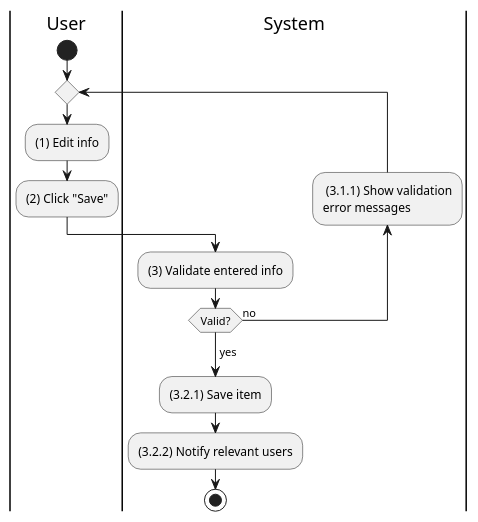
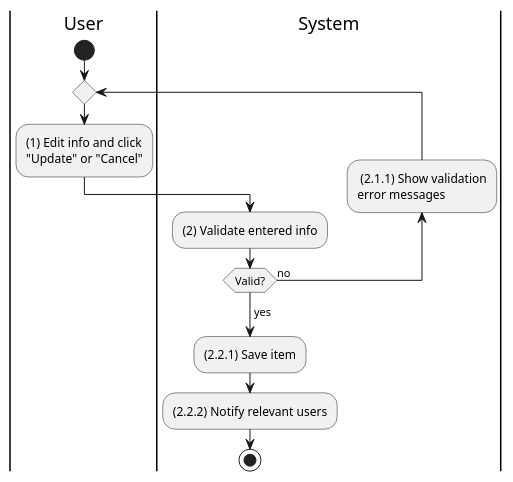
Before and after one commit to phihungha/scmss-reqs: the diagram in activities/purchase-requisition-update.plantuml, drawn with PlantUML. The commit also changed 7 other files, not shown here.

```diff
--- a/activities/purchase-requisition-update.plantuml
+++ b/activities/purchase-requisition-update.plantuml
@@ -1,19 +1,17 @@
 @startuml purchase-requisition-update
 |u|User
 |s|System
 
 |u|
 start
 repeat
-    :(1) Edit info;
-    :(2) Click "Save";
-
+    :(1) Edit info and click\n"Update" or "Cancel";
     |s|
-    :(3) Validate entered info;
-    backward: (3.1.1) Show validation\nerror messages;
+    :(2) Validate entered info;
+    backward: (2.1.1) Show validation\nerror messages;
 repeat while (Valid?) is (no)
 ->yes;
-:(3.2.1) Save item;
-:(3.2.2) Notify relevant users;
+:(2.2.1) Save item;
+:(2.2.2) Notify relevant users;
 stop
 @enduml
```
